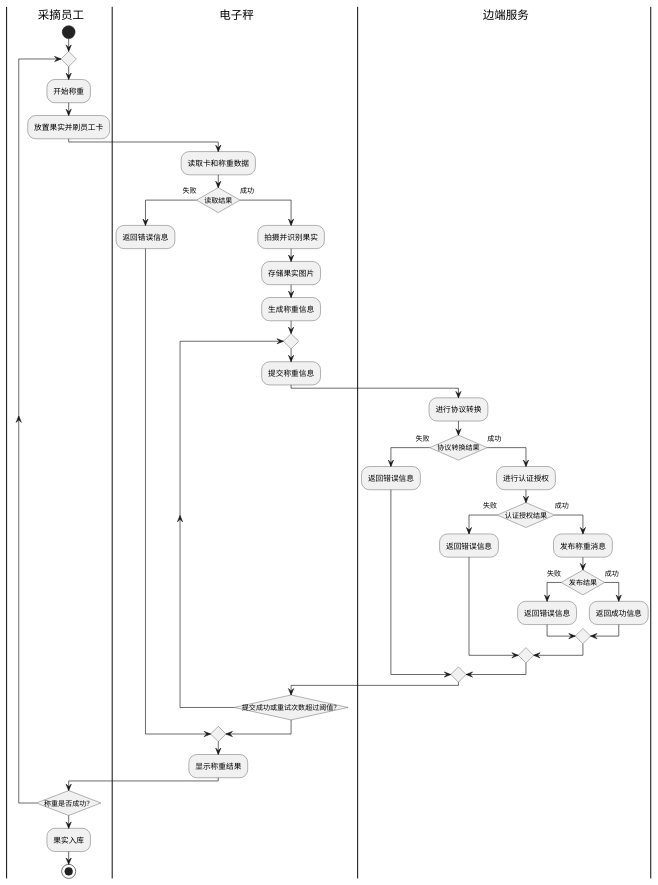
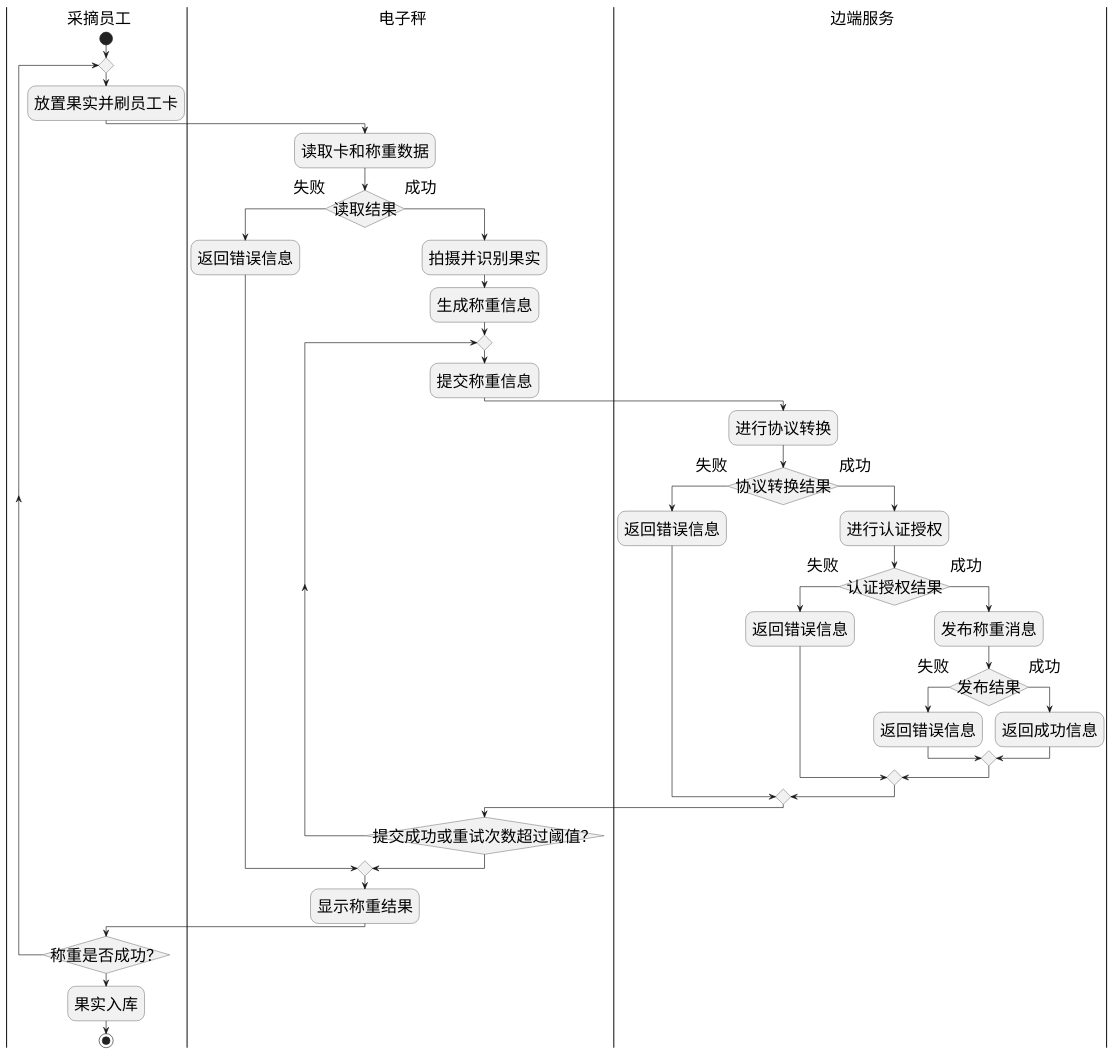
Before and after one commit to akynazh/aws: the diagram in design/边端称重数据处理流程活动图.puml, drawn with PlantUML. The commit also changed 6 other files, not shown here.

```diff
--- a/design/边端称重数据处理流程活动图.puml
+++ b/design/边端称重数据处理流程活动图.puml
@@ -1,53 +1,52 @@
 @startuml 边端称重数据处理流程活动图
 skinparam conditionStyle InsideDiamond
-
+skinparam defaultFontSize 25
 |u| 采摘员工
 |sc| 电子秤
 |edge| 边端服务
 
 |u|
 start
 repeat
-:开始称重;
 :放置果实并刷员工卡;
 |sc|
 :读取卡和称重数据;
 |sc|
 if (读取结果) then(失败)
+
     |sc|
     :返回错误信息;
 else(成功)
     |sc|
     :拍摄并识别果实;
-    :存储果实图片;
     :生成称重信息;
     repeat
     :提交称重信息;
     |edge|
     :进行协议转换;
     if (协议转换结果) then(失败)
         :返回错误信息;
     else(成功)
         :进行认证授权;
         if (认证授权结果) then(失败)
             :返回错误信息;
         else (成功)
             |edge|
             :发布称重消息;
             if (发布结果) then(失败)
                 :返回错误信息;
             else(成功)
                 :返回成功信息;
             endif
         endif
     endif
     |sc|
     repeat while(提交成功或重试次数超过阈值？)
 endif
 |sc|
 :显示称重结果;
 |u|
 repeat while(称重是否成功？)
 :果实入库;
 stop
 @enduml
```
